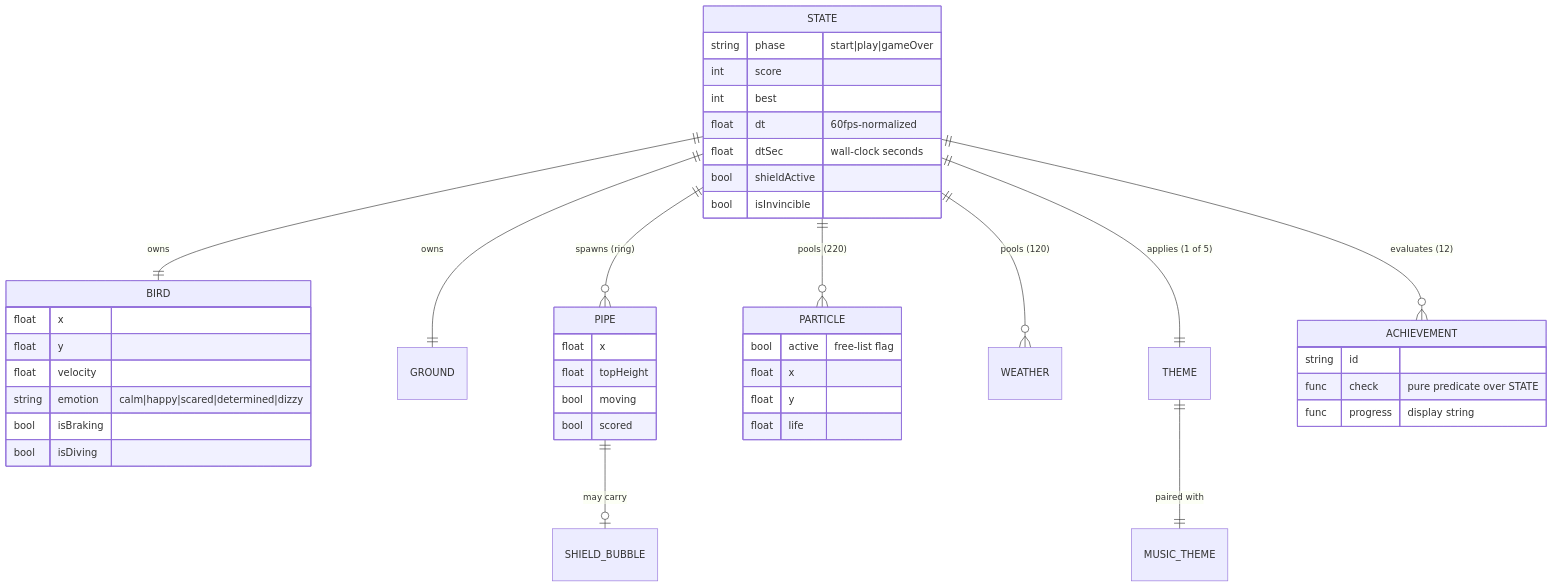
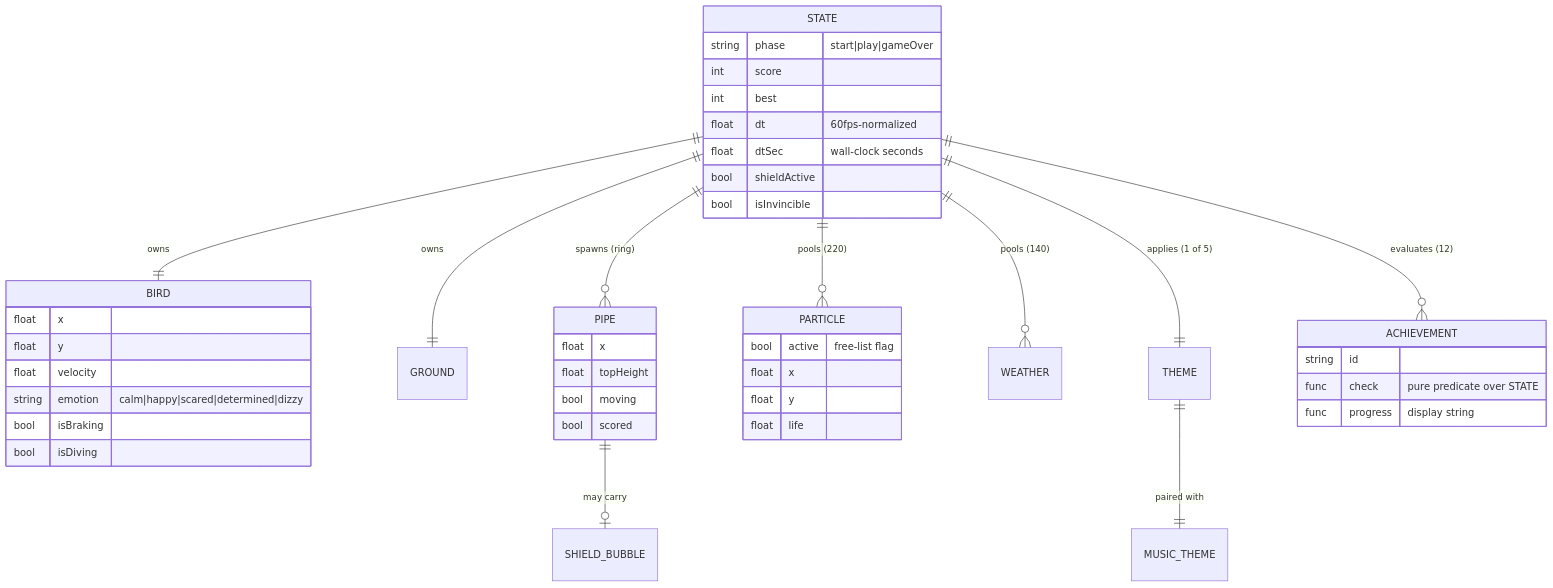
Before and after one commit to 0thernes/glidiebirdie: the second of 2 diagrams in docs/DATA-MODEL.md, drawn with Mermaid. The commit also changed other lines of this file and 2 other files, not shown here.

Commit message:
docs: 500-point/25-section inspection + README doc index
AUDIT-500.md: honest 25x20 audit (PASS/FIXED/ACCEPTED/N/A/GAP), grounded in the
verified code; gaps point at docs/ROADMAP.md. README links the new deep-dive docs.

````diff
--- a/docs/DATA-MODEL.md
+++ b/docs/DATA-MODEL.md
@@ -90,47 +90,47 @@
 ```mermaid
 erDiagram
   STATE ||--|| BIRD : owns
   STATE ||--|| GROUND : owns
   STATE ||--o{ PIPE : "spawns (ring)"
   STATE ||--o{ PARTICLE : "pools (220)"
-  STATE ||--o{ WEATHER : "pools (120)"
+  STATE ||--o{ WEATHER : "pools (140)"
   PIPE ||--o| SHIELD_BUBBLE : "may carry"
   STATE ||--|| THEME : "applies (1 of 5)"
   STATE ||--o{ ACHIEVEMENT : "evaluates (12)"
   THEME ||--|| MUSIC_THEME : "paired with"
 
   STATE {
     string phase "start|play|gameOver"
     int score
     int best
     float dt "60fps-normalized"
     float dtSec "wall-clock seconds"
     bool shieldActive
     bool isInvincible
   }
   BIRD {
     float x
     float y
     float velocity
     string emotion "calm|happy|scared|determined|dizzy"
     bool isBraking
     bool isDiving
   }
   PIPE {
     float x
     float topHeight
     bool moving
     bool scored
   }
   PARTICLE {
     bool active "free-list flag"
     float x
     float y
     float life
   }
   ACHIEVEMENT {
     string id
     func check "pure predicate over STATE"
     func progress "display string"
   }
 ```
````
